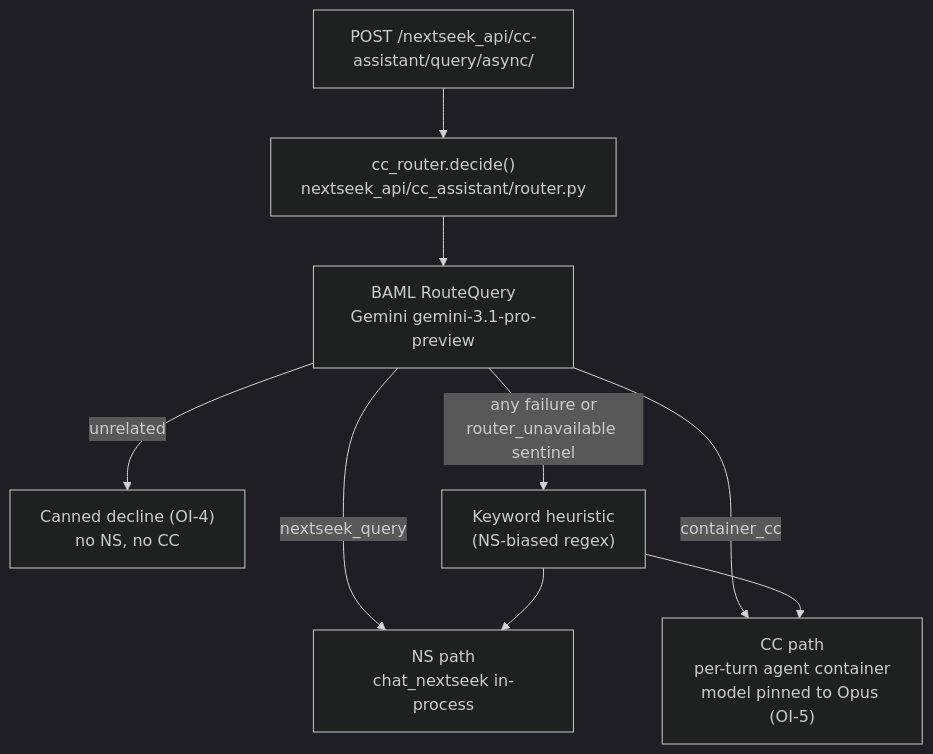
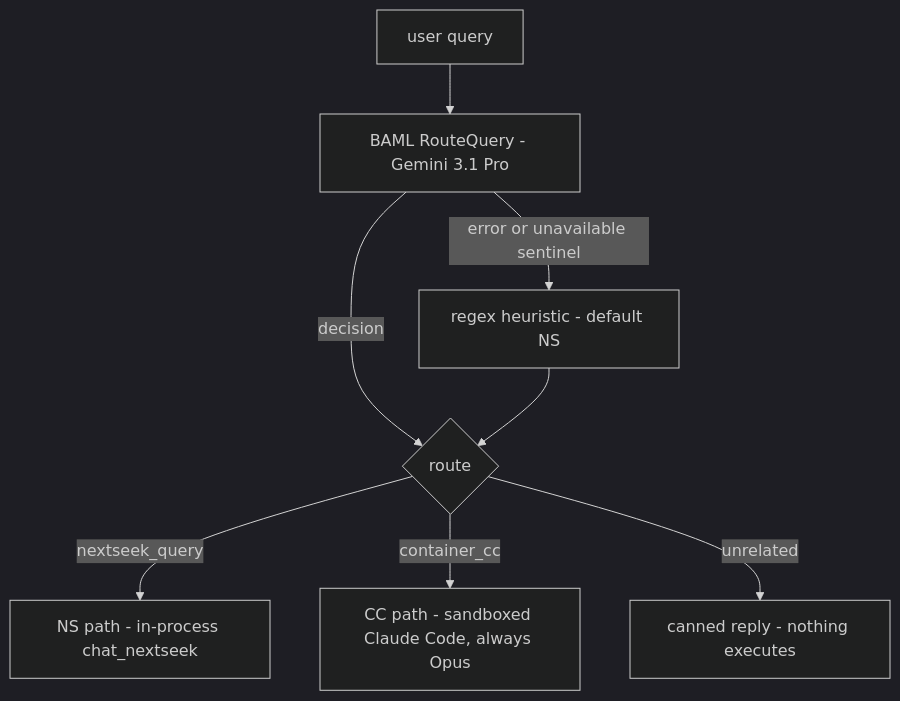
One commit to BioMicroCenter/NExtSEEK changed the second of 4 diagrams in architecture.md. Above: the diagram before and after it, drawn with Mermaid (dark theme). The commit also changed other lines of this file, not shown here.

First line of the commit message:
docs(assistant): rewrite Nessie architecture.md from verified in-scope research

````diff
--- a/architecture.md
+++ b/architecture.md
@@ -108,11 +85,10 @@
 ```mermaid
 flowchart TD
-    Q["POST /nextseek_api/cc-assistant/query/async/"] --> D["cc_router.decide()<br/>nextseek_api/cc_assistant/router.py"]
-    D --> B["BAML RouteQuery<br/>Gemini gemini-3.1-pro-preview"]
-    B -->|"nextseek_query"| NS["NS path<br/>chat_nextseek in-process"]
-    B -->|"container_cc"| CC["CC path<br/>per-turn agent container<br/>model pinned to Opus (OI-5)"]
-    B -->|"unrelated"| U["Canned decline (OI-4)<br/>no NS, no CC"]
-    B -->|"any failure or<br/>router_unavailable sentinel"| H["Keyword heuristic<br/>(NS-biased regex)"]
-    H --> NS
-    H --> CC
+    Q["user query"] --> L["BAML RouteQuery - Gemini 3.1 Pro"]
+    L -->|"decision"| R{"route"}
+    L -->|"error or unavailable sentinel"| H["regex heuristic - default NS"]
+    H --> R
+    R -->|"nextseek_query"| NS["NS path - in-process chat_nextseek"]
+    R -->|"container_cc"| CCP["CC path - sandboxed Claude Code, always Opus"]
+    R -->|"unrelated"| U["canned reply - nothing executes"]
 ```
````
